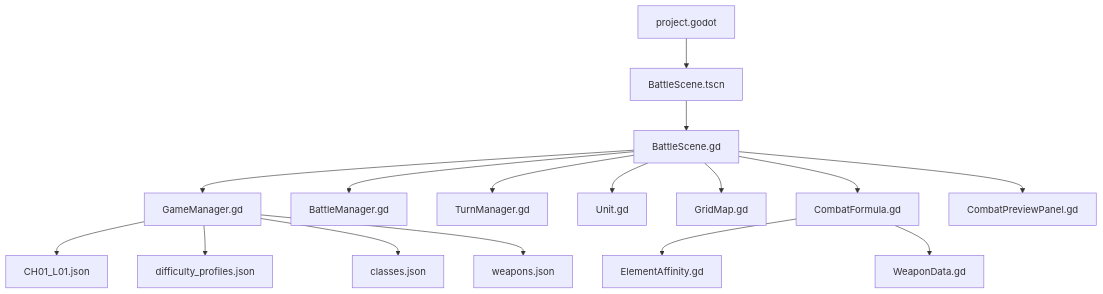
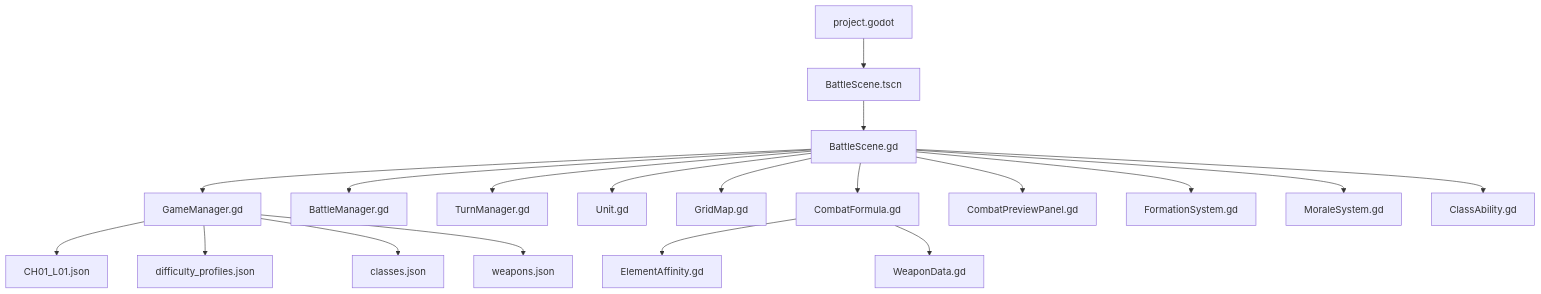
Before and after one commit to cui2573977943-code/agent: the diagram in docs/TECHNICAL_DESIGN.md, drawn with Mermaid. The commit also changed other lines of this file and 10 other files, not shown here.

````diff
--- a/docs/TECHNICAL_DESIGN.md
+++ b/docs/TECHNICAL_DESIGN.md
@@ -5,18 +5,21 @@
 ```mermaid
 flowchart TD
     Project[project.godot] --> BattleScene[BattleScene.tscn]
     BattleScene --> BattleScript[BattleScene.gd]
     BattleScript --> GameManager[GameManager.gd]
     BattleScript --> BattleManager[BattleManager.gd]
     BattleScript --> TurnManager[TurnManager.gd]
     BattleScript --> TacticalUnit[Unit.gd]
     BattleScript --> GridMap[GridMap.gd]
     BattleScript --> CombatFormula[CombatFormula.gd]
     BattleScript --> Preview[CombatPreviewPanel.gd]
     CombatFormula --> ElementAffinity[ElementAffinity.gd]
     CombatFormula --> WeaponData[WeaponData.gd]
+    BattleScript --> FormationSystem[FormationSystem.gd]
+    BattleScript --> MoraleSystem[MoraleSystem.gd]
+    BattleScript --> ClassAbility[ClassAbility.gd]
     GameManager --> LevelJson[CH01_L01.json]
     GameManager --> DifficultyJson[difficulty_profiles.json]
     GameManager --> ClassJson[classes.json]
     GameManager --> WeaponJson[weapons.json]
 ```
````
